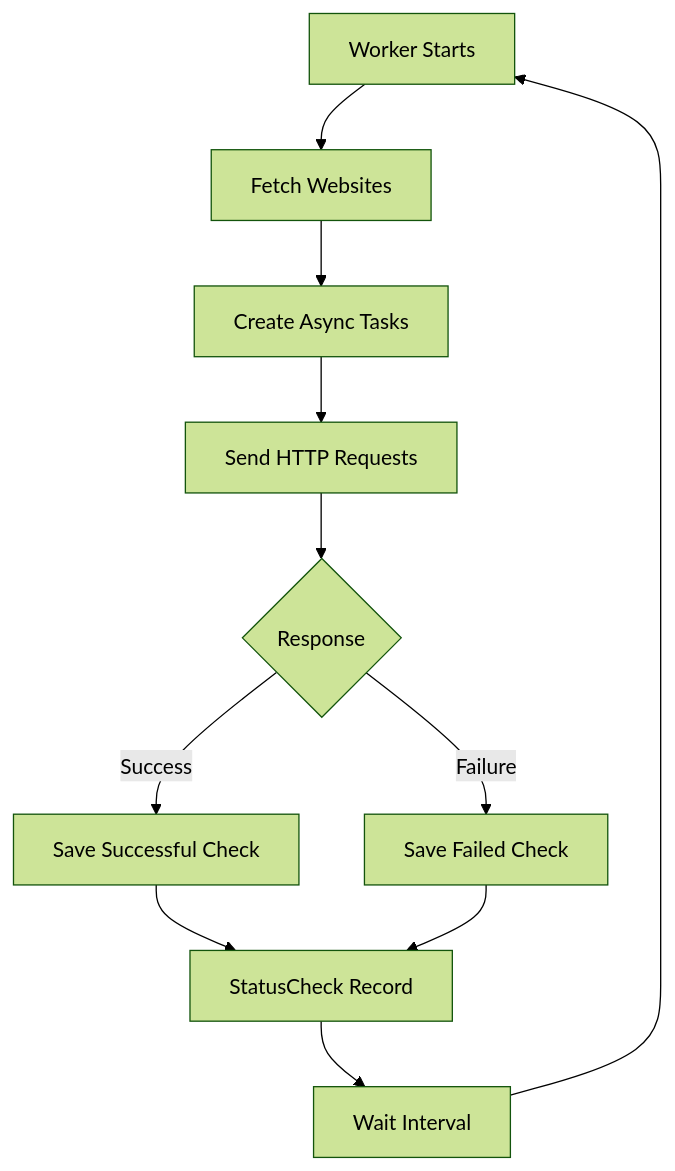
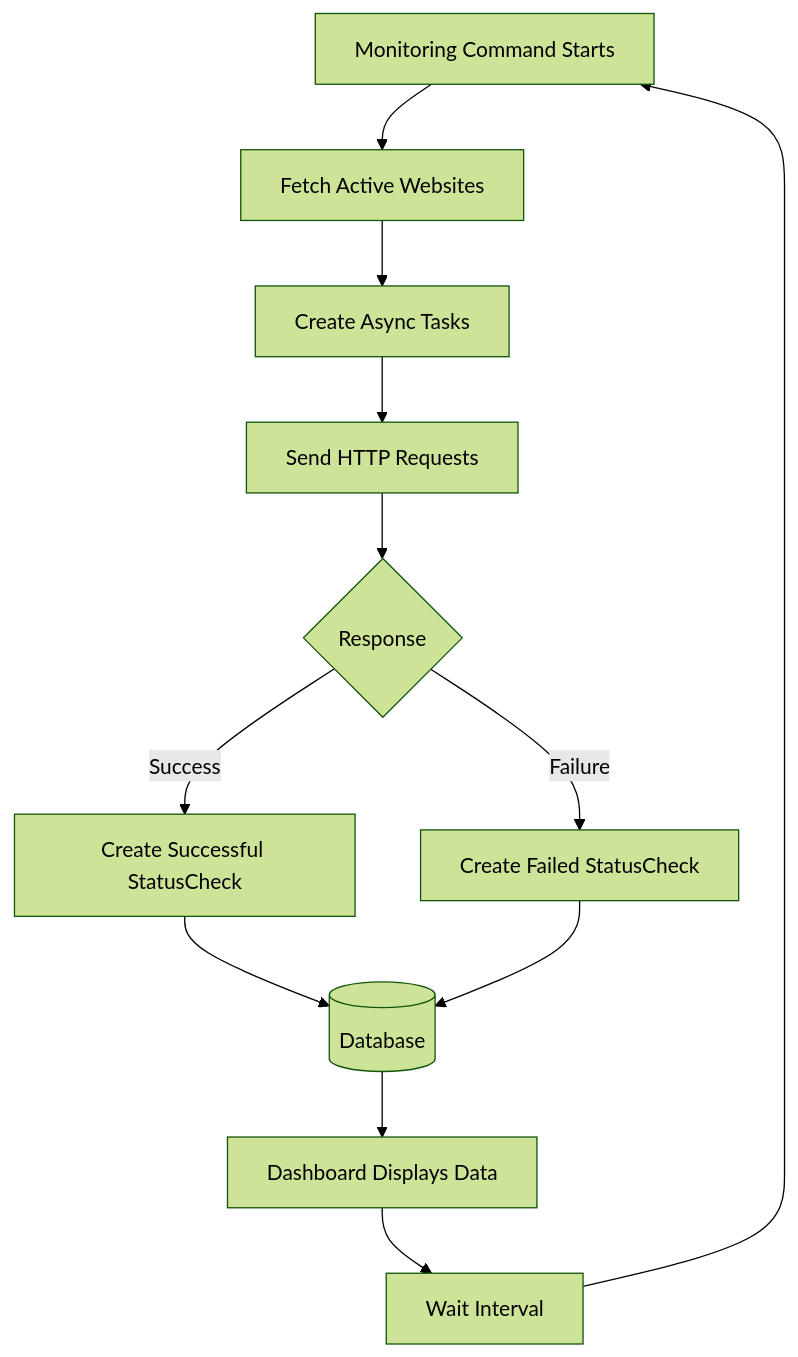
The second of 3 diagrams in README.md (iamNaman-official/PingRadar), drawn with Mermaid (forest theme) before and after one commit. The commit also changed other lines of this file, not shown here.

````diff
--- a/README.md
+++ b/README.md
@@ -106,16 +140,26 @@
 ```mermaid
 flowchart TD
-    A[Worker Starts] --> B[Fetch Websites]
-    B --> C[Create Async Tasks]
-    C --> D[Send HTTP Requests]
-    D --> E{Response}
-    
-    E -->|Success| F[Save Successful Check]
-    E -->|Failure| G[Save Failed Check]
-    
-    F --> H[StatusCheck Record]
-    G --> H
-    
-    H --> I[Wait Interval]
-    I --> A
+
+A[Monitoring Command Starts]
+
+A --> B[Fetch Active Websites]
+
+B --> C[Create Async Tasks]
+
+C --> D[Send HTTP Requests]
+
+D --> E{Response}
+
+E -->|Success| F[Create Successful StatusCheck]
+
+E -->|Failure| G[Create Failed StatusCheck]
+
+F --> H[(Database)]
+G --> H
+
+H --> I[Dashboard Displays Data]
+
+I --> J[Wait Interval]
+
+J --> A
 ```
````
